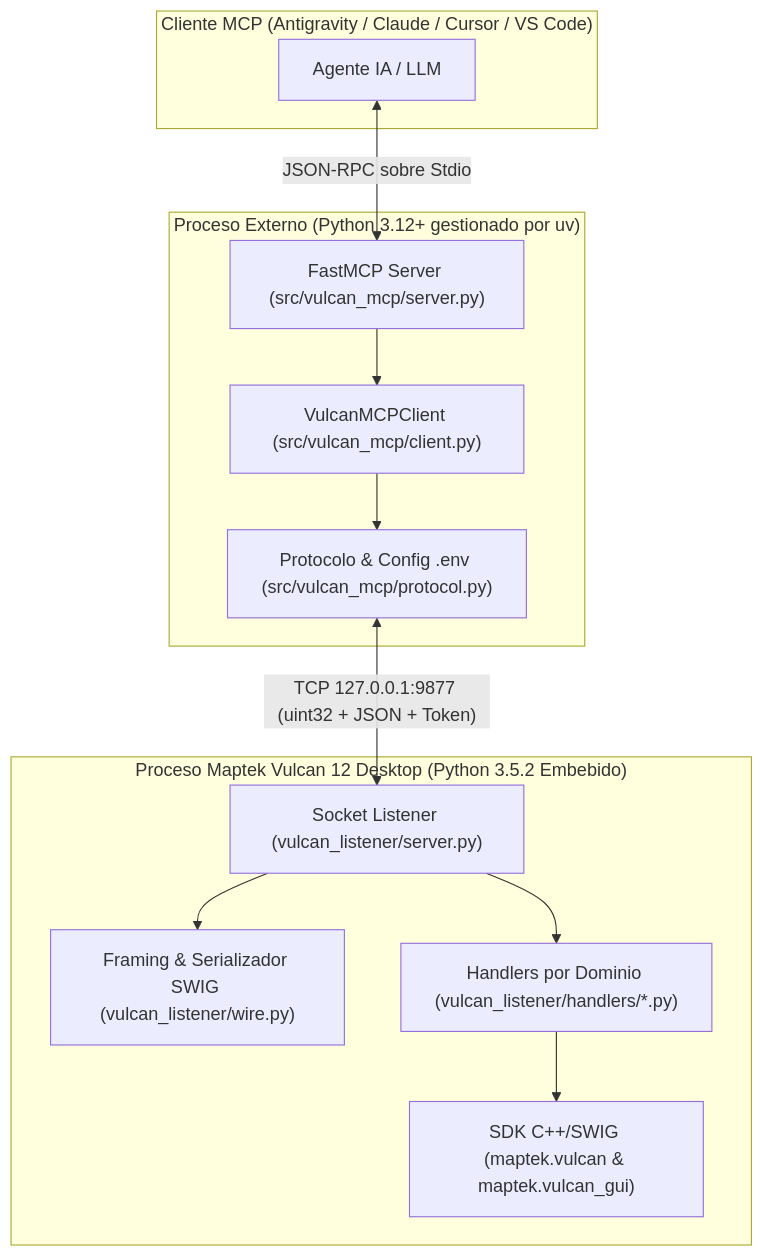
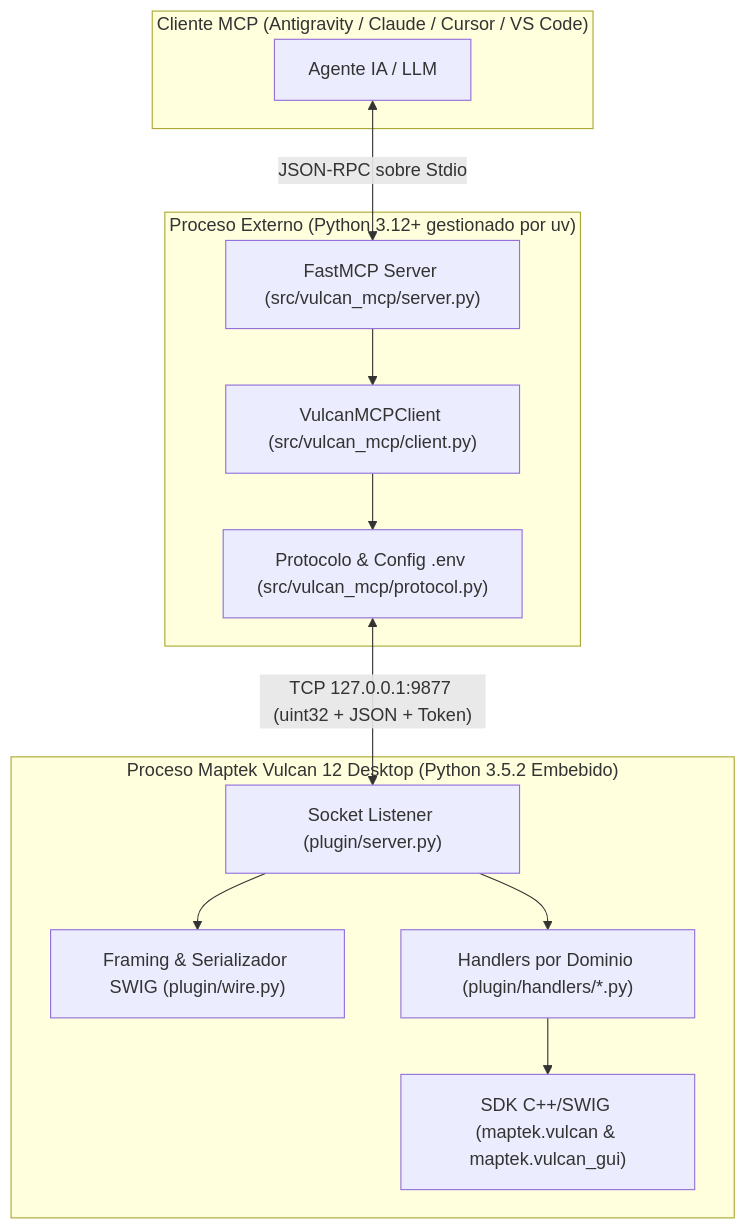
Before and after one commit to LuiccianDev/vulcan-mcp: the diagram in docs/ARCHITECTURE_AND_SECURITY.md, drawn with Mermaid. The commit also changed other lines of this file and 19 other files, not shown here.

Commit message:
feat: add core client implementation, tests, agent hooks, and comprehensive documentation for Vulcan MCP server

````diff
--- a/docs/ARCHITECTURE_AND_SECURITY.md
+++ b/docs/ARCHITECTURE_AND_SECURITY.md
@@ -13,27 +13,27 @@
 ```mermaid
 flowchart TB
     subgraph IDE["Cliente MCP (Antigravity / Claude / Cursor / VS Code)"]
         A["Agente IA / LLM"]
     end
 
     subgraph EXT["Proceso Externo (Python 3.12+ gestionado por uv)"]
         B["FastMCP Server (src/vulcan_mcp/server.py)"]
         C["VulcanMCPClient (src/vulcan_mcp/client.py)"]
         D["Protocolo & Config .env (src/vulcan_mcp/protocol.py)"]
     end
 
     subgraph VUL["Proceso Maptek Vulcan 12 Desktop (Python 3.5.2 Embebido)"]
-        E["Socket Listener (vulcan_listener/server.py)"]
-        F["Framing & Serializador SWIG (vulcan_listener/wire.py)"]
-        G["Handlers por Dominio (vulcan_listener/handlers/*.py)"]
+        E["Socket Listener (plugin/server.py)"]
+        F["Framing & Serializador SWIG (plugin/wire.py)"]
+        G["Handlers por Dominio (plugin/handlers/*.py)"]
         H["SDK C++/SWIG (maptek.vulcan & maptek.vulcan_gui)"]
     end
 
     A <-->|"JSON-RPC sobre Stdio"| B
     B --> C
     C --> D
     D <-->|"TCP 127.0.0.1:9877 (uint32 + JSON + Token)"| E
     E --> F
     E --> G
     G --> H
 ```
````
